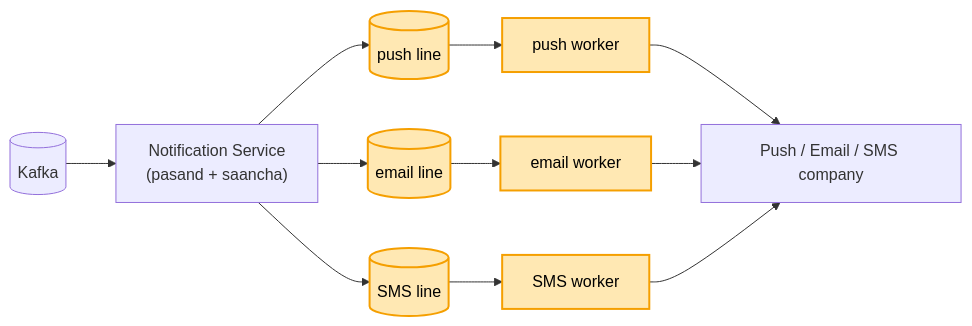
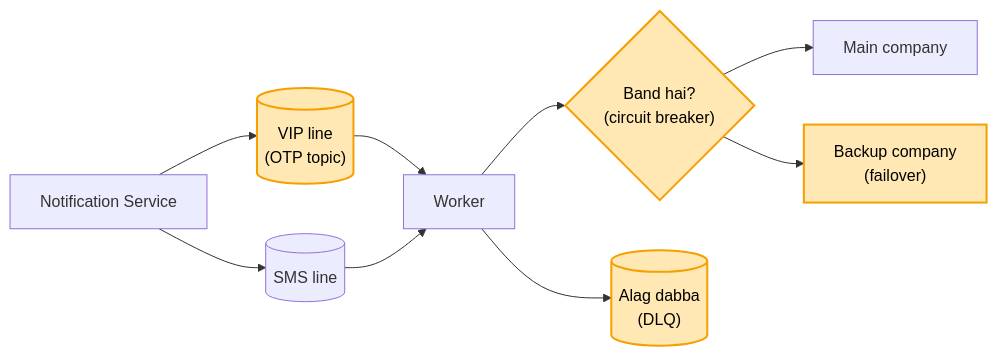
One commit to ArpanMaheshwari144/Prep changed the second of 4 diagrams in 04_HLD/SYSTEM_DESIGNS/04_notification_system/04_notification_system.md. Above: the diagram before and after it, drawn with Mermaid. The commit also changed other lines of this file and 13 other files, not shown here.

````diff
--- a/04_HLD/SYSTEM_DESIGNS/04_notification_system/04_notification_system.md
+++ b/04_HLD/SYSTEM_DESIGNS/04_notification_system/04_notification_system.md
@@ -128,17 +89,15 @@
 ```mermaid
 flowchart LR
-    K[("Kafka")] --> N["Notification Service<br/>(pasand + saancha)"]
-    N --> LP[("push line")]
-    N --> LE[("email line")]
-    N --> LS[("SMS line")]
-    LP --> WP["push worker"]
-    LE --> WE["email worker"]
-    LS --> WS["SMS worker"]
-    WP & WE & WS --> C["Push / Email / SMS company"]
-    style LP fill:#ffe8b3,stroke:#f59f00,stroke-width:2px,color:#000
-    style LE fill:#ffe8b3,stroke:#f59f00,stroke-width:2px,color:#000
-    style LS fill:#ffe8b3,stroke:#f59f00,stroke-width:2px,color:#000
-    style WP fill:#ffe8b3,stroke:#f59f00,stroke-width:2px,color:#000
-    style WE fill:#ffe8b3,stroke:#f59f00,stroke-width:2px,color:#000
-    style WS fill:#ffe8b3,stroke:#f59f00,stroke-width:2px,color:#000
+    N["Notification Service"] --> T[("VIP line<br/>(OTP topic)")]
+    N --> S[("SMS line")]
+    T --> W["Worker"]
+    S --> W
+    W --> CB{"Band hai?<br/>(circuit breaker)"}
+    CB --> M["Main company"]
+    CB --> B["Backup company<br/>(failover)"]
+    W --> D[("Alag dabba<br/>(DLQ)")]
+    style T fill:#ffe8b3,stroke:#f59f00,stroke-width:2px,color:#000
+    style CB fill:#ffe8b3,stroke:#f59f00,stroke-width:2px,color:#000
+    style B fill:#ffe8b3,stroke:#f59f00,stroke-width:2px,color:#000
+    style D fill:#ffe8b3,stroke:#f59f00,stroke-width:2px,color:#000
 ```
````
